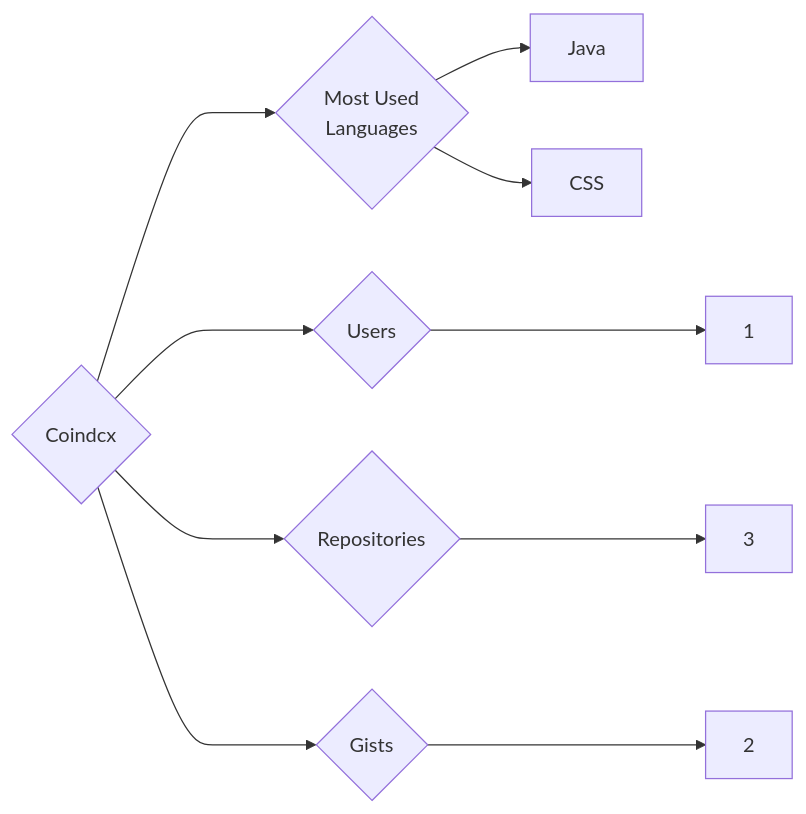
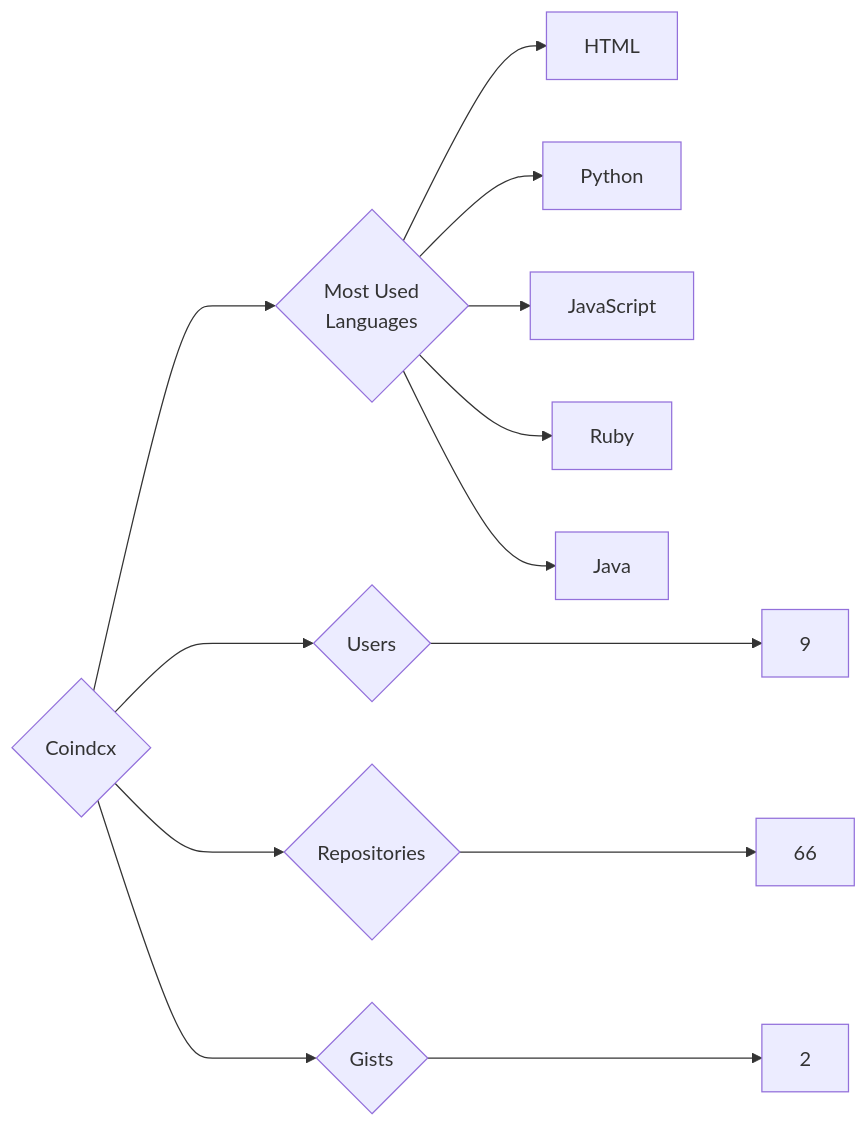
The diagram in targets/Coindcx/README.md (trickest/insiders), drawn with Mermaid before and after one commit. The commit also changed 1149 other files, not shown here.

````diff
--- a/targets/Coindcx/README.md
+++ b/targets/Coindcx/README.md
@@ -3,10 +3,13 @@
 ```mermaid
 graph LR
 COMPANY_NAME{Coindcx}
-COMPANY_NAME ---> U{Users} ---> UN[1]
-COMPANY_NAME ---> R{Repositories} ---> RN[3]
+COMPANY_NAME ---> U{Users} ---> UN[9]
+COMPANY_NAME ---> R{Repositories} ---> RN[66]
 COMPANY_NAME ---> G{Gists} ---> GN[2]
 COMPANY_NAME ---> ML{Most Used<br>Languages}
+ML --> HTML[HTML]
+ML --> Python[Python]
+ML --> JavaScript[JavaScript]
+ML --> Ruby[Ruby]
 ML --> Java[Java]
-ML --> CSS[CSS]
 ```
````
